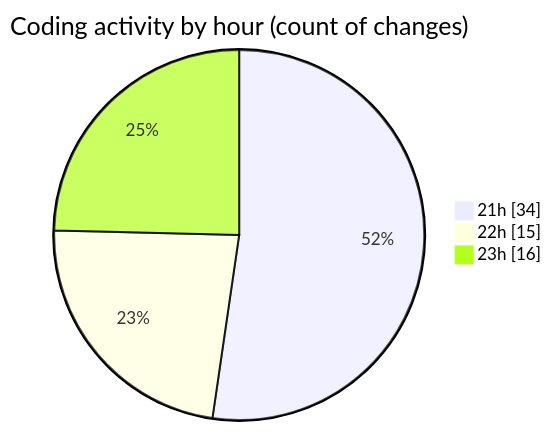
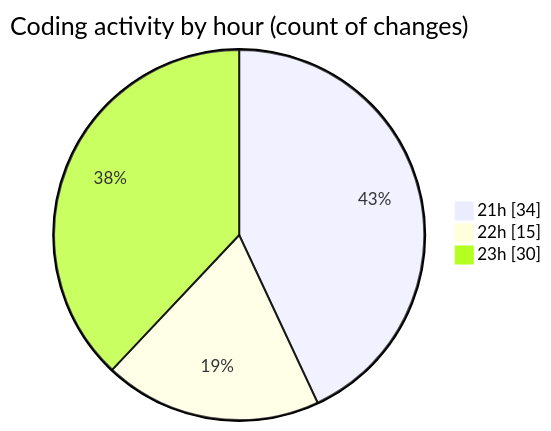
One commit to Ritupan-Deka/code-tracking changed the second of 2 diagrams in 2025-10-31/backend/README.md. Above: the diagram before and after it, drawn with Mermaid. The commit also changed other lines of this file and 1 other file, not shown here.

````diff
--- a/2025-10-31/backend/README.md
+++ b/2025-10-31/backend/README.md
@@ -41,7 +41,7 @@
 ```mermaid
 pie showData
 title Coding activity by hour (count of changes)
 "21h" : 34
 "22h" : 15
-"23h" : 16
+"23h" : 30
 ```
````
